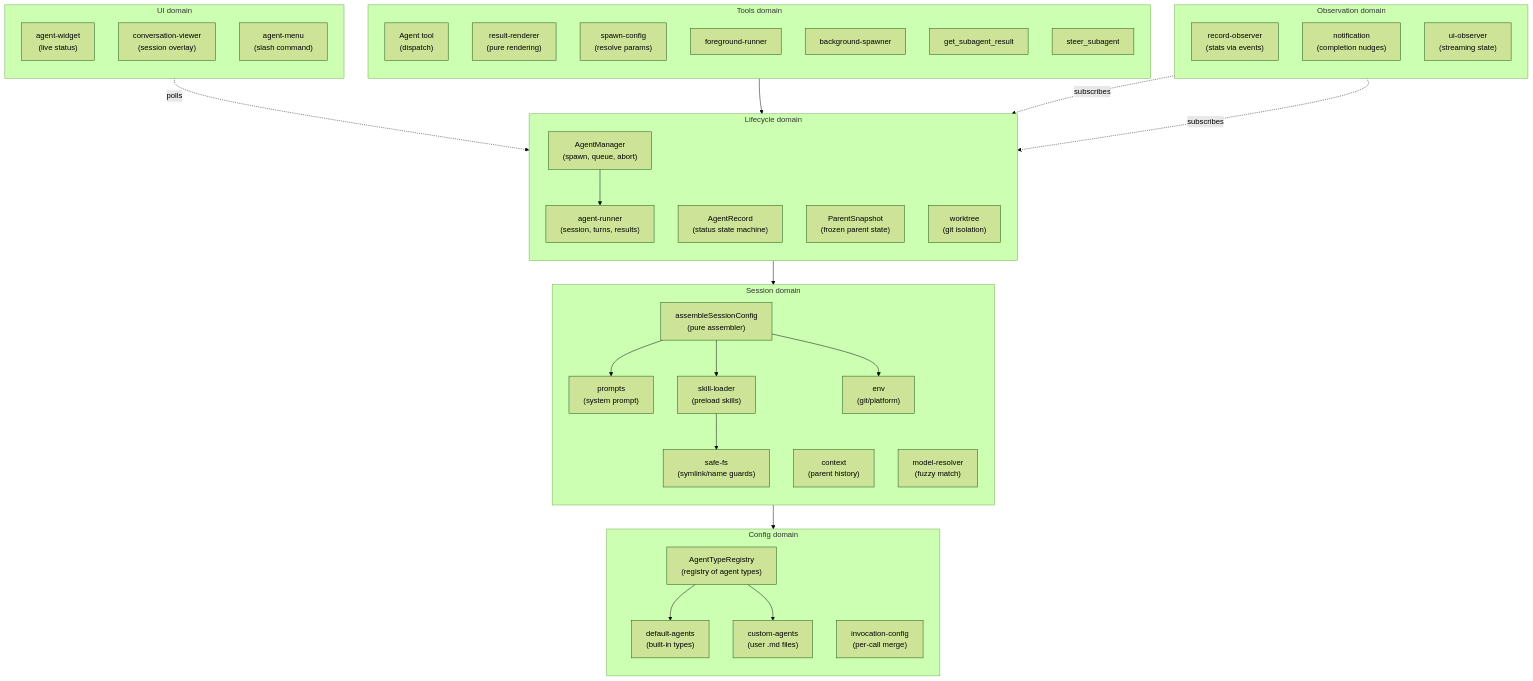
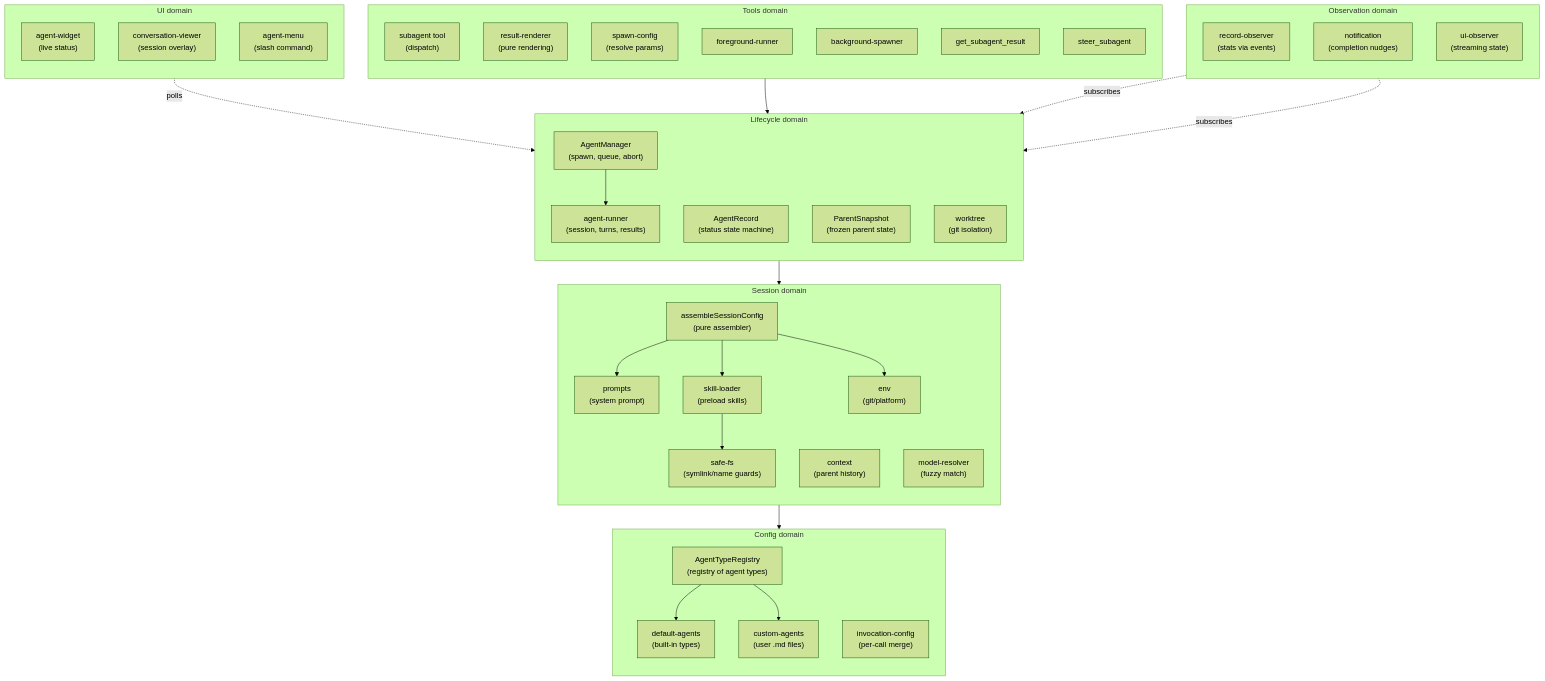
One commit to ttdua/pi-subagents changed the first of 7 diagrams in docs/architecture/architecture.md. Above: the diagram before and after it, drawn with Mermaid (forest theme). The commit also changed other lines of this file, not shown here.

First line of the commit message:
docs(pi-subagents): add Phase 14 Step 4 — rename Agent tool to subagent (#242)

````diff
--- a/docs/architecture/architecture.md
+++ b/docs/architecture/architecture.md
@@ -33,66 +33,66 @@
 ```mermaid
 flowchart TB
     subgraph config["Config domain"]
         direction TB
         AgentTypeRegistry["AgentTypeRegistry\n(registry of agent types)"]
         DefaultAgents["default-agents\n(built-in types)"]
         CustomAgents["custom-agents\n(user .md files)"]
         InvocationConfig["invocation-config\n(per-call merge)"]
     end
 
     subgraph session["Session domain"]
         direction TB
         SessionConfig["assembleSessionConfig\n(pure assembler)"]
         Prompts["prompts\n(system prompt)"]
         Context["context\n(parent history)"]
         SafeFs["safe-fs\n(symlink/name guards)"]
         SkillLoader["skill-loader\n(preload skills)"]
         Env["env\n(git/platform)"]
         ModelResolver["model-resolver\n(fuzzy match)"]
     end
 
     subgraph lifecycle["Lifecycle domain"]
         direction TB
         AgentManager["AgentManager\n(spawn, queue, abort)"]
         AgentRunner["agent-runner\n(session, turns, results)"]
         AgentRecord["AgentRecord\n(status state machine)"]
         ParentSnapshot["ParentSnapshot\n(frozen parent state)"]
         Worktree["worktree\n(git isolation)"]
     end
 
     subgraph observation["Observation domain"]
         direction TB
         RecordObserver["record-observer\n(stats via events)"]
         Notification["notification\n(completion nudges)"]
         UIObserver["ui-observer\n(streaming state)"]
     end
 
     subgraph tools["Tools domain"]
         direction TB
-        AgentTool["Agent tool\n(dispatch)"]
+        AgentTool["subagent tool\n(dispatch)"]
         ResultRenderer["result-renderer\n(pure rendering)"]
         SpawnConfig["spawn-config\n(resolve params)"]
         FgRunner["foreground-runner"]
         BgSpawner["background-spawner"]
         GetResult["get_subagent_result"]
         Steer["steer_subagent"]
     end
 
     subgraph ui["UI domain"]
         direction TB
         Widget["agent-widget\n(live status)"]
         ConvViewer["conversation-viewer\n(session overlay)"]
         Menu["agent-menu\n(slash command)"]
     end
 
     AgentTool --> AgentManager
     AgentManager --> AgentRunner
     AgentRunner --> SessionConfig
     SessionConfig --> AgentTypeRegistry
     SessionConfig --> Prompts & SkillLoader & Env
     SkillLoader --> SafeFs
     AgentTypeRegistry --> DefaultAgents & CustomAgents
     RecordObserver -.->|subscribes| AgentRunner
     UIObserver -.->|subscribes| AgentRunner
     Widget -.->|polls| AgentManager
 ```
````
